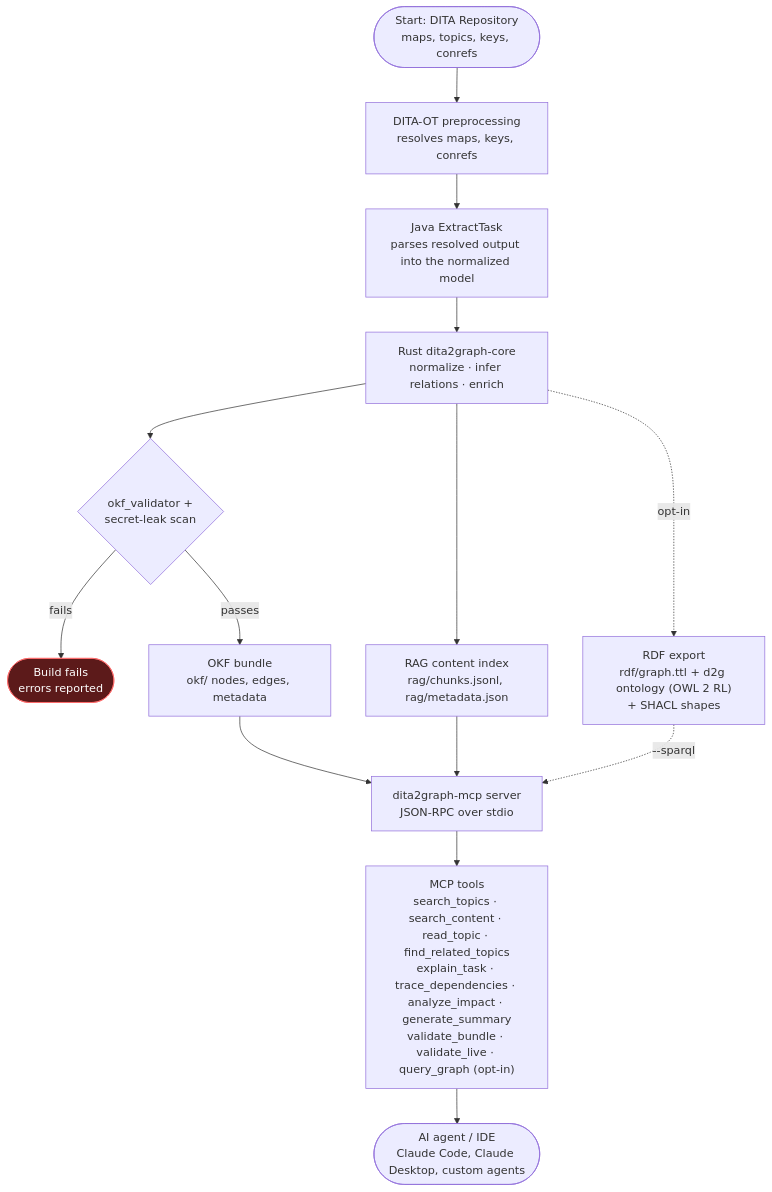
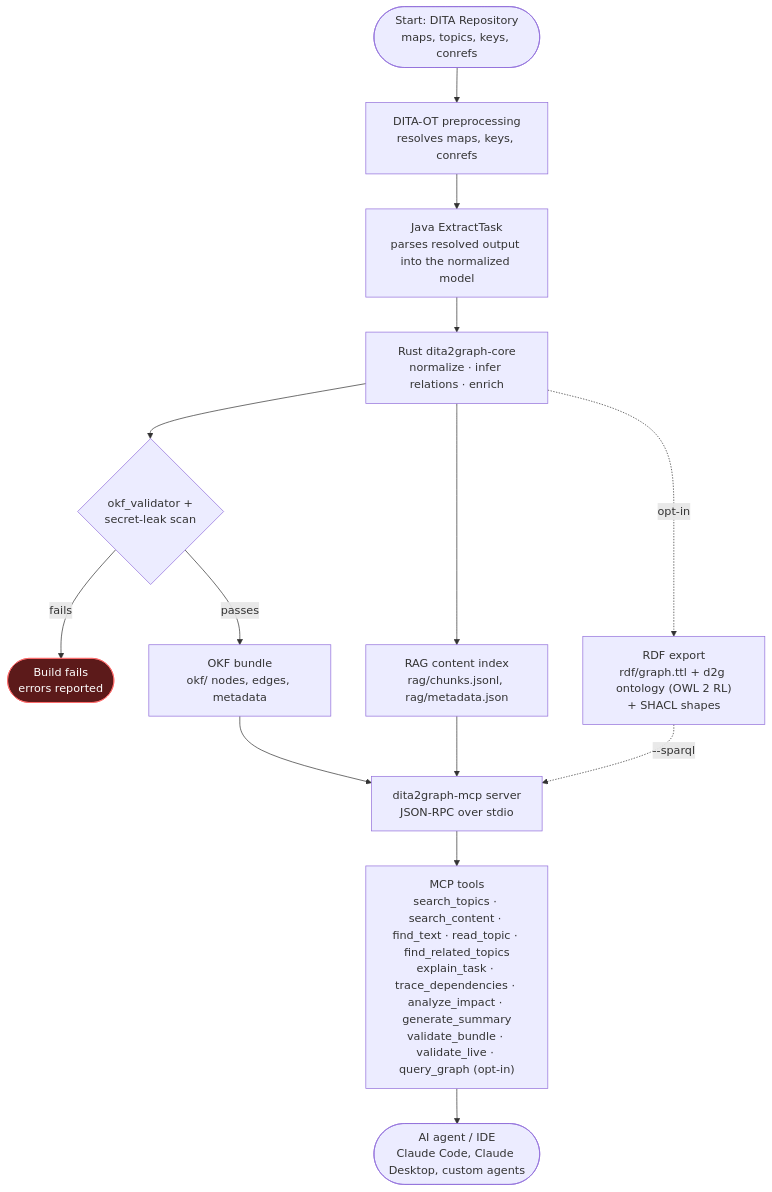
The diagram in README.md (jyjeanne/DITA2Graph), drawn with Mermaid before and after one commit. The commit also changed other lines of this file and 3 other files, not shown here.

First line of the commit message:
feat(mcp): find every topic that holds a text

````diff
--- a/README.md
+++ b/README.md
@@ -80,18 +80,18 @@
 ```mermaid
 flowchart TD
     A([Start: DITA Repository<br/>maps, topics, keys, conrefs]) --> B["DITA-OT preprocessing<br/>resolves maps, keys, conrefs"]
     B --> C["Java ExtractTask<br/>parses resolved output into the normalized model"]
     C --> D["Rust dita2graph-core<br/>normalize · infer relations · enrich"]
     D --> E{"okf_validator +<br/>secret-leak scan"}
     E -- fails --> F([Build fails<br/>errors reported]):::fail
     E -- passes --> G["OKF bundle<br/>okf/ nodes, edges, metadata"]
     D --> H["RAG content index<br/>rag/chunks.jsonl, rag/metadata.json"]
     D -.->|opt-in| R["RDF export<br/>rdf/graph.ttl + d2g ontology (OWL 2 RL)<br/>+ SHACL shapes"]
     G --> I["dita2graph-mcp server<br/>JSON-RPC over stdio"]
     H --> I
     R -.->|"--sparql"| I
-    I --> J["MCP tools<br/>search_topics · search_content · read_topic · find_related_topics<br/>explain_task · trace_dependencies · analyze_impact · generate_summary<br/>validate_bundle · validate_live · query_graph (opt-in)"]
+    I --> J["MCP tools<br/>search_topics · search_content · find_text · read_topic · find_related_topics<br/>explain_task · trace_dependencies · analyze_impact · generate_summary<br/>validate_bundle · validate_live · query_graph (opt-in)"]
     J --> K([AI agent / IDE<br/>Claude Code, Claude Desktop, custom agents])
 
     classDef fail fill:#5c1a1a,stroke:#ff6b6b,color:#fff
 ```
````
